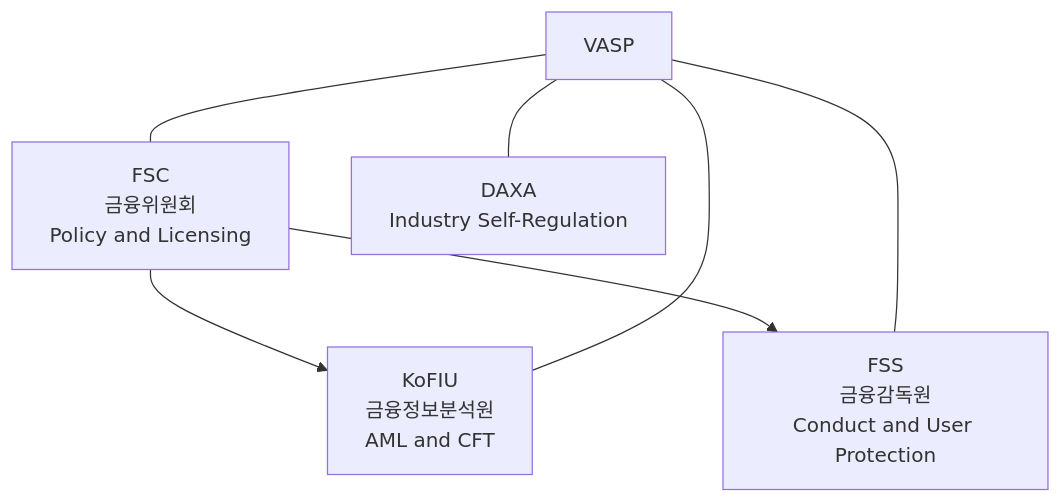
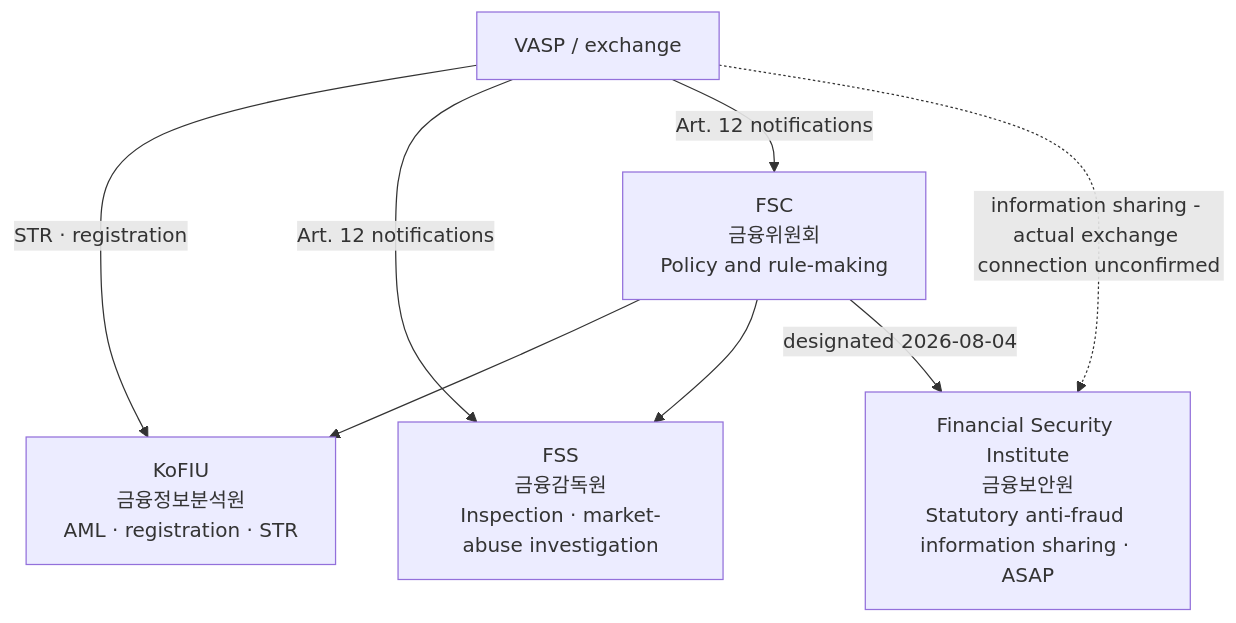
Before and after one commit to lala-david/aml-notes: the first of 3 diagrams in en/korea-aml-overview.md, drawn with Mermaid. The commit also changed other lines of this file and 379 other files, not shown here.

First line of the commit message:
notes,kb,en,deep,charts: 2026-10-21 기준 정정 46건 반영 — 출처 없는 수치를 걷어내고 다이어그램을 다시 그림

````diff
--- a/en/korea-aml-overview.md
+++ b/en/korea-aml-overview.md
@@ -60,15 +66,16 @@
 ```mermaid
 flowchart TB
-    FSC["FSC<br/>금융위원회<br/>Policy and Licensing"]
-    KoFIU["KoFIU<br/>금융정보분석원<br/>AML and CFT"]
-    FSS["FSS<br/>금융감독원<br/>Conduct and User Protection"]
-    DAXA["DAXA<br/>Industry Self-Regulation"]
-    VASP["VASP"]
+    FSC["FSC<br/>금융위원회<br/>Policy and rule-making"]
+    KoFIU["KoFIU<br/>금융정보분석원<br/>AML · registration · STR"]
+    FSS["FSS<br/>금융감독원<br/>Inspection · market-abuse investigation"]
+    FSI["Financial Security Institute<br/>금융보안원<br/>Statutory anti-fraud information sharing · ASAP"]
+    VASP["VASP / exchange"]
 
     FSC --> KoFIU
     FSC --> FSS
-    VASP --- KoFIU
-    VASP --- FSS
-    VASP --- FSC
-    VASP --- DAXA
+    FSC -->|designated 2026-08-04| FSI
+    VASP -->|STR · registration| KoFIU
+    VASP -->|Art. 12 notifications| FSS
+    VASP -->|Art. 12 notifications| FSC
+    VASP -.->|information sharing - actual exchange connection unconfirmed| FSI
 ```
````
